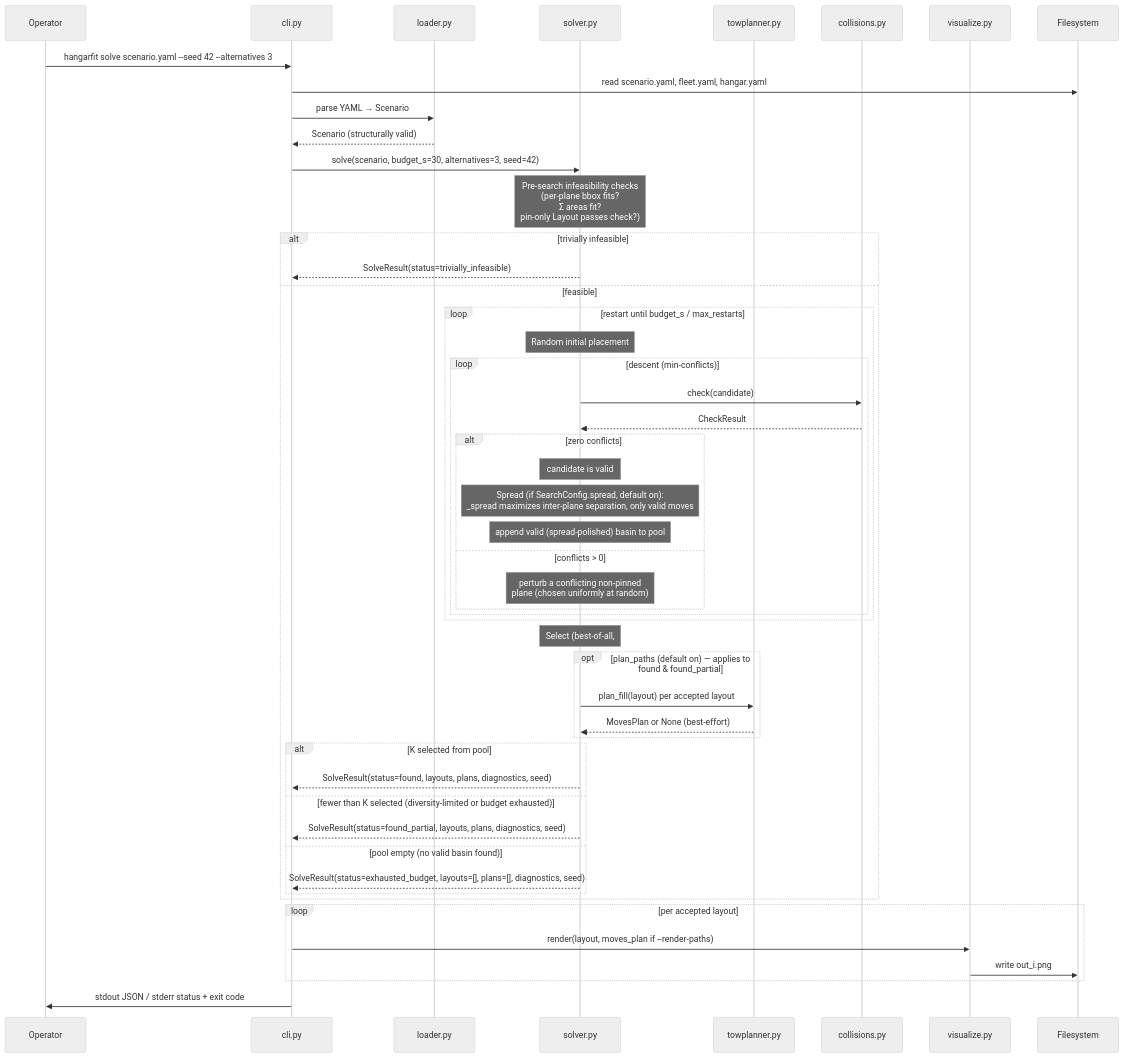
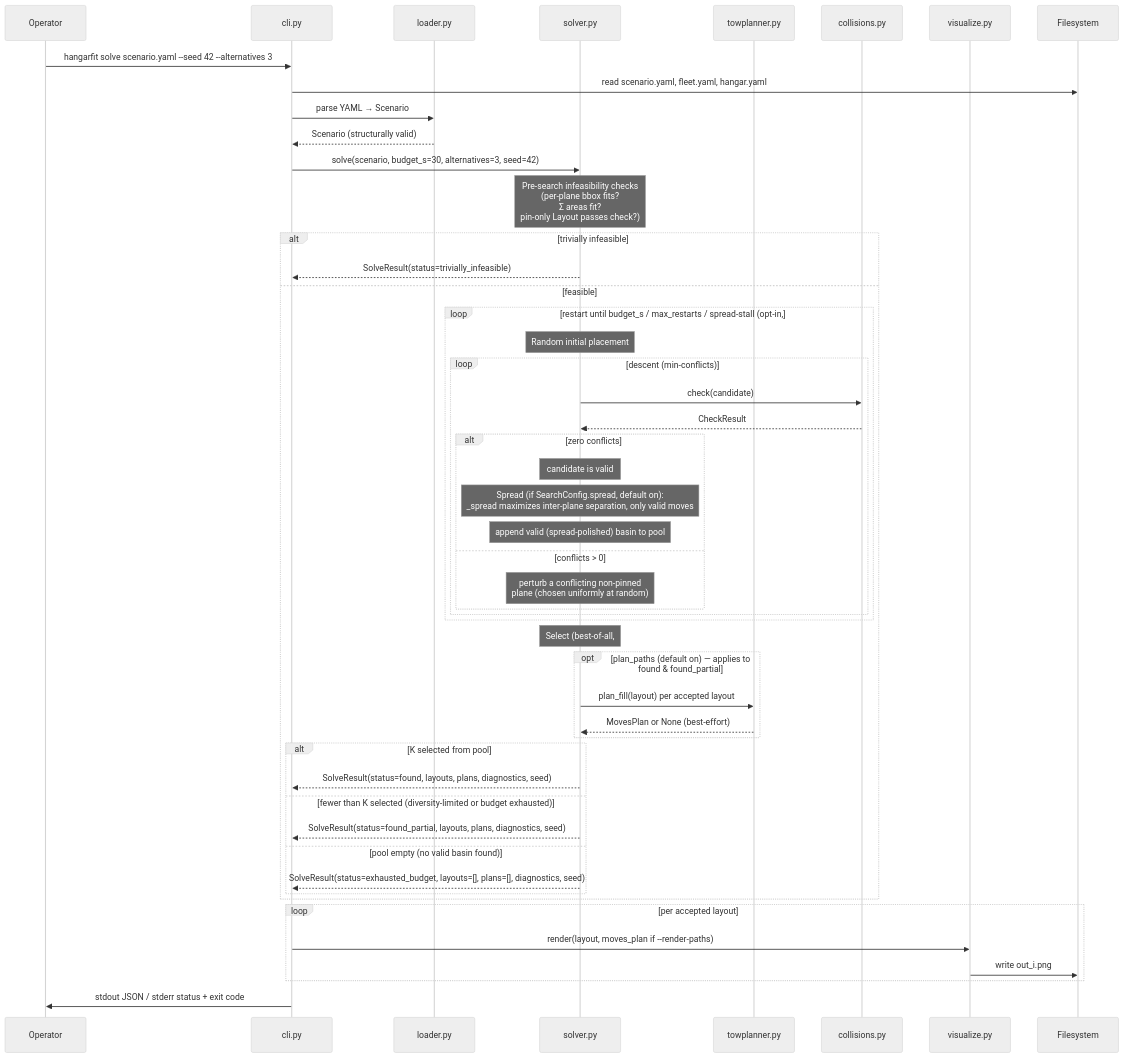
One commit to DocGerd/hangarfit changed the second of 3 diagrams in docs/architecture/06-runtime-view.md. Above: the diagram before and after it, drawn with Mermaid (neutral theme). The commit also changed 7 other files, not shown here.

````diff
--- a/docs/architecture/06-runtime-view.md
+++ b/docs/architecture/06-runtime-view.md
@@ -62,55 +62,55 @@
 ```mermaid
 sequenceDiagram
     participant Op as Operator
     participant CLI as cli.py
     participant Loader as loader.py
     participant Solver as solver.py
     participant Tow as towplanner.py
     participant Coll as collisions.py
     participant Viz as visualize.py
     participant FS as Filesystem
 
     Op->>CLI: hangarfit solve scenario.yaml --seed 42 --alternatives 3
     CLI->>FS: read scenario.yaml, fleet.yaml, hangar.yaml
     CLI->>Loader: parse YAML → Scenario
     Loader-->>CLI: Scenario (structurally valid)
 
     CLI->>Solver: solve(scenario, budget_s=30, alternatives=3, seed=42)
     Note over Solver: Pre-search infeasibility checks<br/>(per-plane bbox fits?<br/>Σ areas fit?<br/>pin-only Layout passes check?)
     alt trivially infeasible
         Solver-->>CLI: SolveResult(status=trivially_infeasible)
     else feasible
-        loop restart until budget_s / max_restarts
+        loop restart until budget_s / max_restarts / spread-stall (opt-in, #404)
             Note over Solver: Random initial placement
             loop descent (min-conflicts)
                 Solver->>Coll: check(candidate)
                 Coll-->>Solver: CheckResult
                 alt zero conflicts
                     Note over Solver: candidate is valid
                     Note over Solver: Spread (if SearchConfig.spread, default on):<br/>_spread maximizes inter-plane separation, only valid moves
                     Note over Solver: append valid (spread-polished) basin to pool
                 else conflicts > 0
                     Note over Solver: perturb a conflicting non-pinned<br/>plane (chosen uniformly at random)
                 end
             end
         end
         Note over Solver: Select (best-of-all, #267):<br/>sort pool by min plan-view gap (energy tiebreak),<br/>greedily pick K diverse — rejects increment diversity_rejected_count
         opt plan_paths (default on) — applies to found & found_partial
             Solver->>Tow: plan_fill(layout) per accepted layout
             Tow-->>Solver: MovesPlan or None (best-effort)
         end
         alt K selected from pool
             Solver-->>CLI: SolveResult(status=found, layouts, plans, diagnostics, seed)
         else fewer than K selected (diversity-limited or budget exhausted)
             Solver-->>CLI: SolveResult(status=found_partial, layouts, plans, diagnostics, seed)
         else pool empty (no valid basin found)
             Solver-->>CLI: SolveResult(status=exhausted_budget, layouts=[], plans=[], diagnostics, seed)
         end
     end
 
     loop per accepted layout
         CLI->>Viz: render(layout, moves_plan if --render-paths)
         Viz->>FS: write out_i.png
     end
     CLI->>Op: stdout JSON / stderr status + exit code
 ```
````
